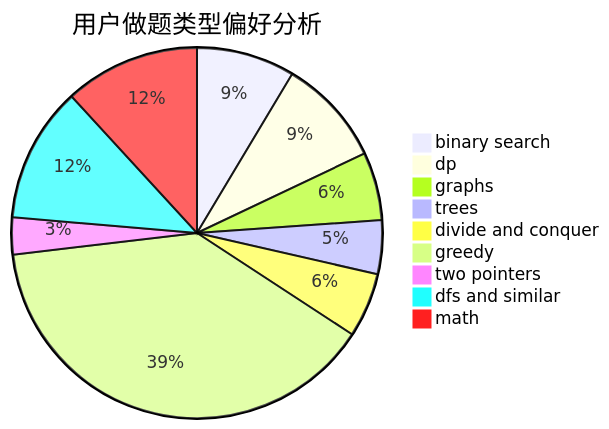
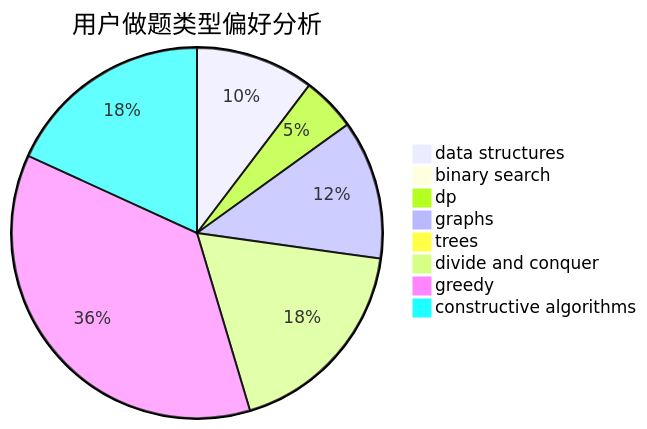
The second of 3 diagrams in docs/user/u88.md (sherpahu/cfrs.github.io), drawn with Mermaid before and after one commit. The commit also changed other lines of this file and 2775 other files, not shown here.

````diff
--- a/docs/user/u88.md
+++ b/docs/user/u88.md
@@ -23,12 +23,11 @@
 ```mermaid
 pie title 用户做题类型偏好分析
-    "binary search" :  276
-    "dp" :  301
-    "graphs" :  191
-    "trees" :  151
+    "data structures" :  103
+    "binary search" :  2
+    "dp" :  47
+    "graphs" :  121
+    "trees" :  8
     "divide and conquer" :  181
-    "greedy" :  1251
-    "two pointers" :  104
-    "dfs and similar" :  380
-    "math" :  380
+    "greedy" :  363
+    "constructive algorithms" :  181
 ```
````
